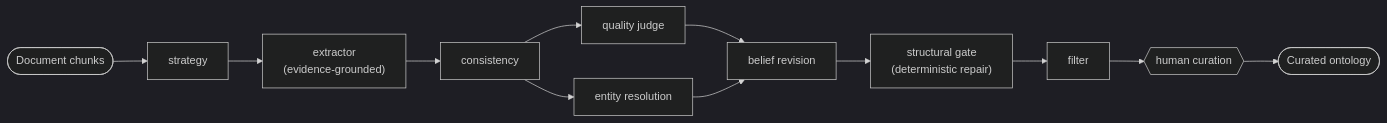
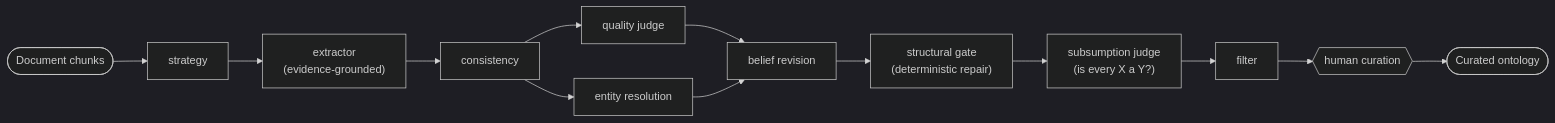
Before and after one commit to ArthurKeen/arango-ontoextract: the diagram in docs/arango-ontoextract-onepager.md, drawn with Mermaid (dark theme). The commit also changed other lines of this file and 3 other files, not shown here.

````diff
--- a/docs/arango-ontoextract-onepager.md
+++ b/docs/arango-ontoextract-onepager.md
@@ -11,10 +13,11 @@
 ```mermaid
 flowchart LR
     Doc([Document chunks]) --> S["strategy"] --> E["extractor<br/>(evidence-grounded)"]
     E --> C["consistency"] --> Q["quality judge"]
     C --> R["entity resolution"]
     Q --> B["belief revision"]
     R --> B
     B --> G["structural gate<br/>(deterministic repair)"]
-    G --> F["filter"] --> H{{"human curation"}} --> KG([Curated ontology])
+    G --> J["subsumption judge<br/>(is every X a Y?)"]
+    J --> F["filter"] --> H{{"human curation"}} --> KG([Curated ontology])
 ```
````
